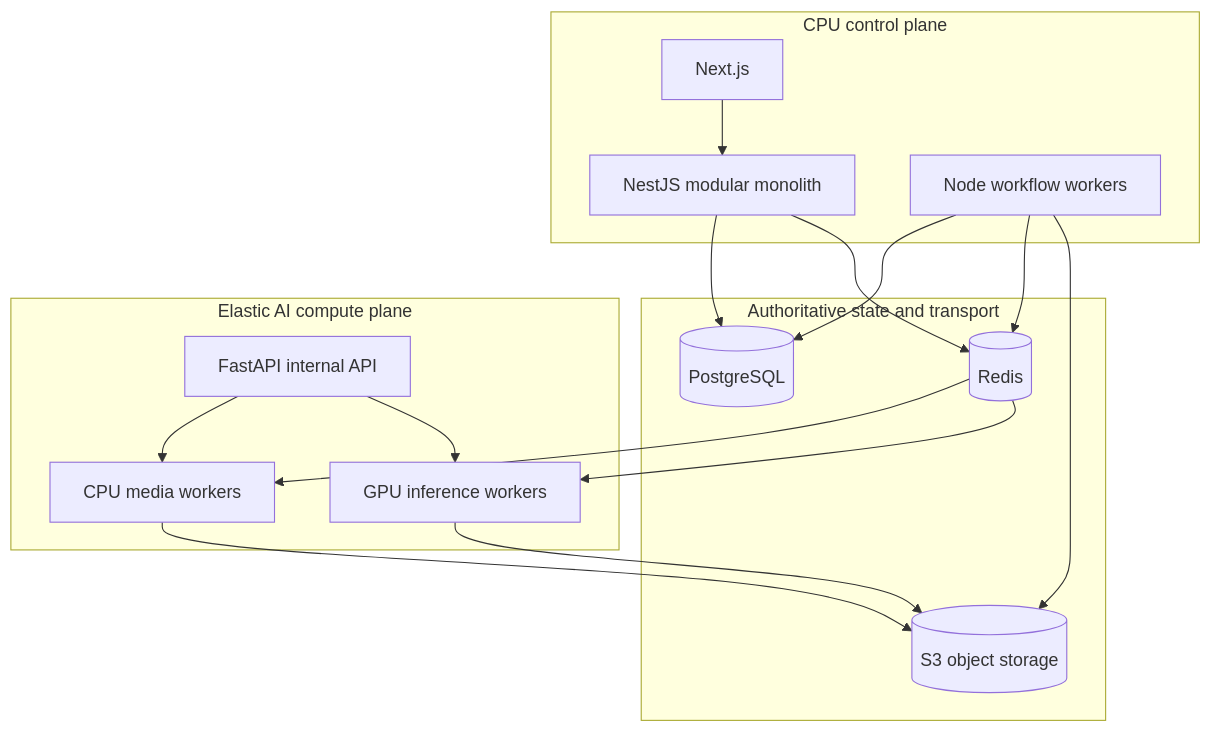
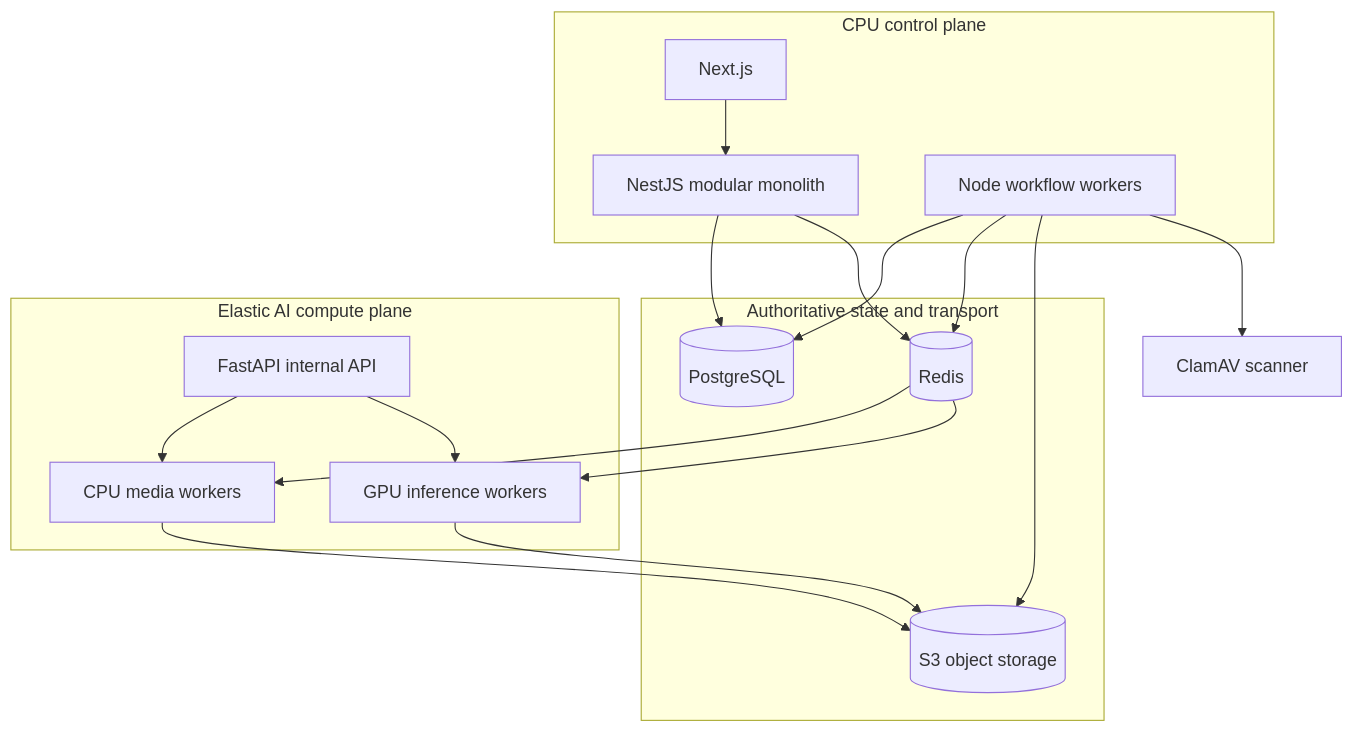
The second of 4 diagrams in docs/architecture/system-context.md (RahulRanjann/VoiceVerse-AI), drawn with Mermaid before and after one commit. The commit also changed other lines of this file and 121 other files, not shown here.

Commit message:
feat: implement secure identity, authenticated media ingestion, and background scanning architecture

````diff
--- a/docs/architecture/system-context.md
+++ b/docs/architecture/system-context.md
@@ -33,33 +38,36 @@
 ```mermaid
 flowchart TB
     subgraph ControlPlane[CPU control plane]
         Web[Next.js]
         API[NestJS modular monolith]
         Worker[Node workflow workers]
     end
 
     subgraph State[Authoritative state and transport]
         Postgres[(PostgreSQL)]
         Redis[(Redis)]
         Objects[(S3 object storage)]
     end
 
+    Scanner[ClamAV scanner]
+
     subgraph ComputePlane[Elastic AI compute plane]
         Gateway[FastAPI internal API]
         CPU[CPU media workers]
         GPU[GPU inference workers]
     end
 
     Web --> API
     API --> Postgres
     API --> Redis
     Worker --> Postgres
     Worker --> Redis
     Worker --> Objects
+    Worker --> Scanner
     Redis --> CPU
     Redis --> GPU
     CPU --> Objects
     GPU --> Objects
     Gateway --> CPU
     Gateway --> GPU
 ```
````
